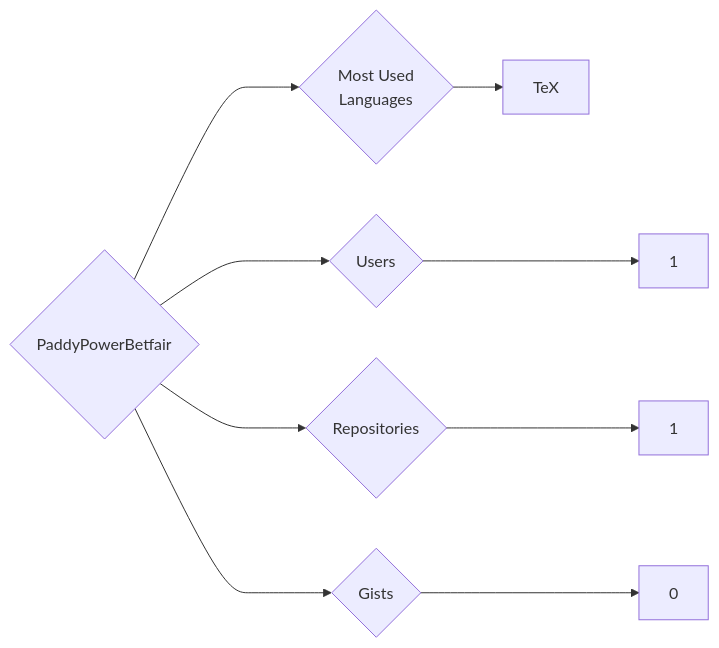
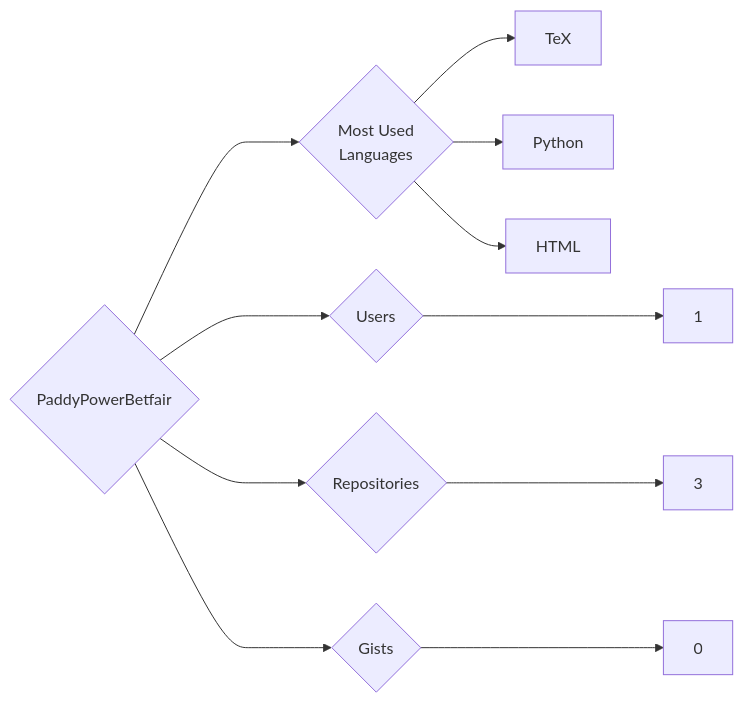
The diagram in targets/PaddyPowerBetfair/README.md (trickest/insiders), drawn with Mermaid before and after one commit. The commit also changed 597 other files, not shown here.

````diff
--- a/targets/PaddyPowerBetfair/README.md
+++ b/targets/PaddyPowerBetfair/README.md
@@ -3,9 +3,11 @@
 ```mermaid
 graph LR
 COMPANY_NAME{PaddyPowerBetfair}
 COMPANY_NAME ---> U{Users} ---> UN[1]
-COMPANY_NAME ---> R{Repositories} ---> RN[1]
+COMPANY_NAME ---> R{Repositories} ---> RN[3]
 COMPANY_NAME ---> G{Gists} ---> GN[0]
 COMPANY_NAME ---> ML{Most Used<br>Languages}
 ML --> TeX[TeX]
+ML --> Python[Python]
+ML --> HTML[HTML]
 ```
````
